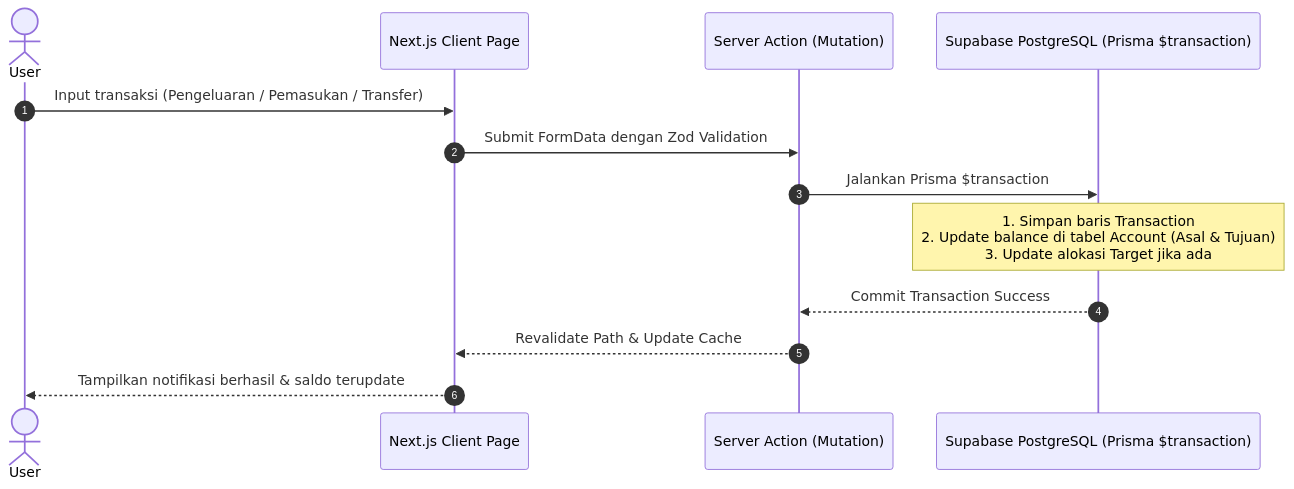
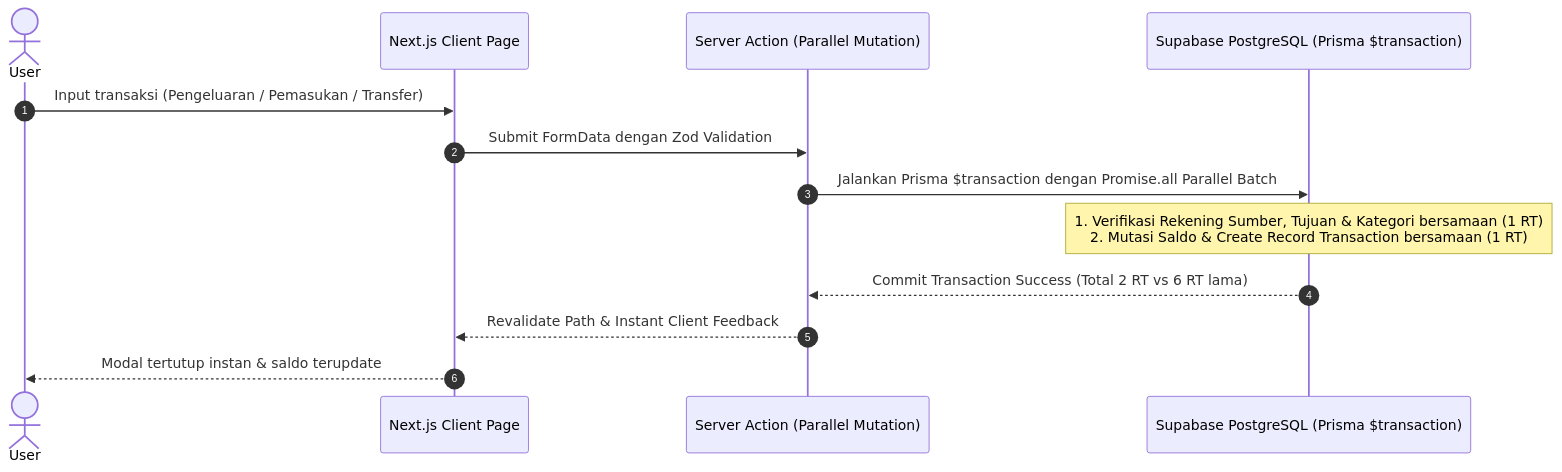
The third of 6 diagrams in docs/ARCHITECTURE.md (Haerulanwar05/finance-tracker), drawn with Mermaid before and after one commit. The commit also changed other lines of this file and 5 other files, not shown here.

Commit message:
docs: update architecture, design system, project overview, and todo tracker with PWA multi-device and parallel CRUD specs

````diff
--- a/docs/ARCHITECTURE.md
+++ b/docs/ARCHITECTURE.md
@@ -82,16 +83,16 @@
 ```mermaid
 sequenceDiagram
     autonumber
     actor U as User
     participant UI as Next.js Client Page
-    participant SA as Server Action (Mutation)
+    participant SA as Server Action (Parallel Mutation)
     participant DB as Supabase PostgreSQL (Prisma $transaction)
 
     U->>UI: Input transaksi (Pengeluaran / Pemasukan / Transfer)
     UI->>SA: Submit FormData dengan Zod Validation
-    SA->>DB: Jalankan Prisma $transaction
-    Note over DB: 1. Simpan baris Transaction<br/>2. Update balance di tabel Account (Asal & Tujuan)<br/>3. Update alokasi Target jika ada
-    DB-->>SA: Commit Transaction Success
-    SA-->>UI: Revalidate Path & Update Cache
-    UI-->>U: Tampilkan notifikasi berhasil & saldo terupdate
+    SA->>DB: Jalankan Prisma $transaction dengan Promise.all Parallel Batch
+    Note over DB: 1. Verifikasi Rekening Sumber, Tujuan & Kategori bersamaan (1 RT)<br/>2. Mutasi Saldo & Create Record Transaction bersamaan (1 RT)
+    DB-->>SA: Commit Transaction Success (Total 2 RT vs 6 RT lama)
+    SA-->>UI: Revalidate Path & Instant Client Feedback
+    UI-->>U: Modal tertutup instan & saldo terupdate
 ```
````
